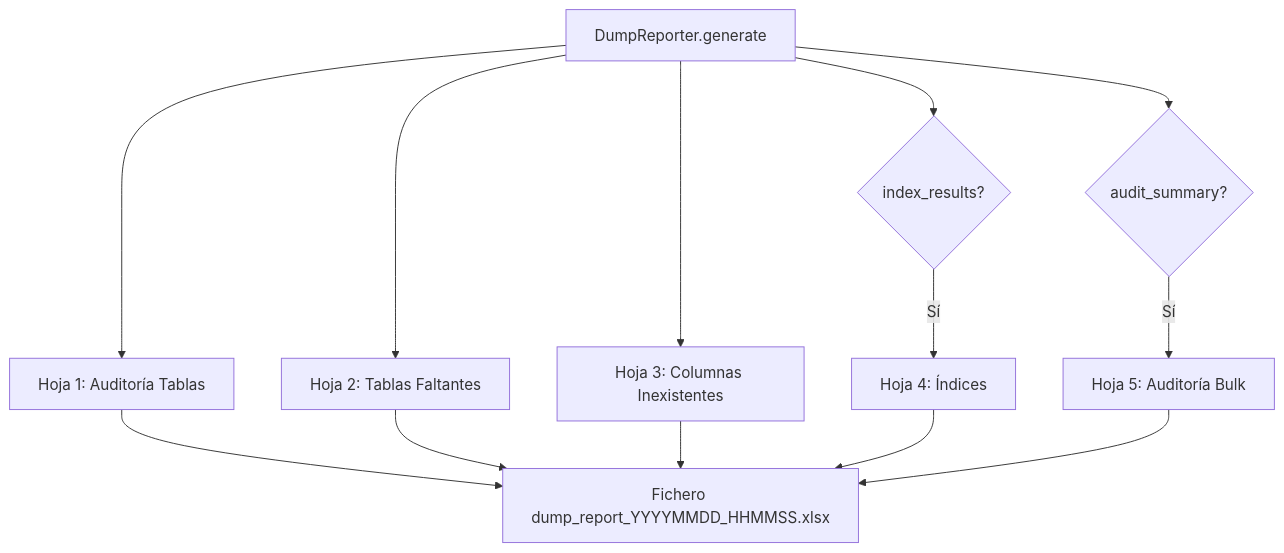
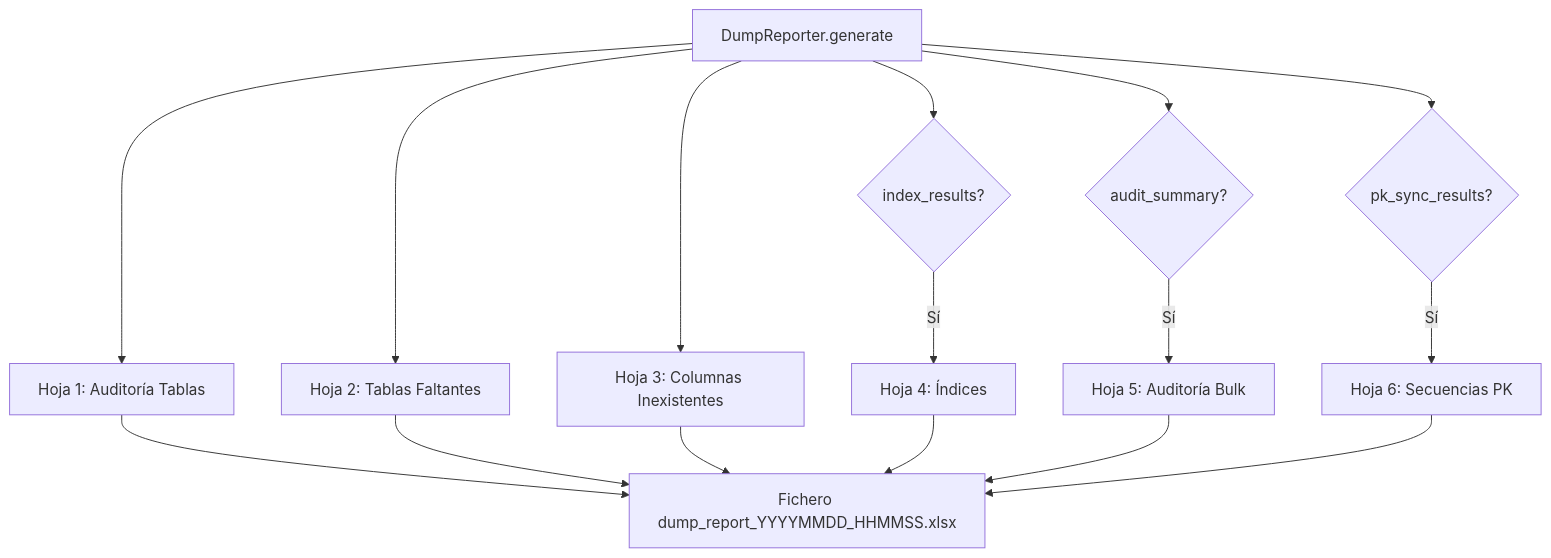
One commit to fmanza/util_bbdd changed the diagram in docs/api/dump-reporter.md. Above: the diagram before and after it, drawn with Mermaid. The commit also changed other lines of this file and 10 other files, not shown here.

First line of the commit message:
feat(dump): hoja «Secuencias PK» en el informe Excel del volcado

````diff
--- a/docs/api/dump-reporter.md
+++ b/docs/api/dump-reporter.md
@@ -7,11 +7,13 @@
 ```mermaid
 flowchart TD
     A[DumpReporter.generate] --> B[Hoja 1: Auditoría Tablas]
     A --> C[Hoja 2: Tablas Faltantes]
     A --> D[Hoja 3: Columnas Inexistentes]
     A --> E{index_results?}
     E -- Sí --> F[Hoja 4: Índices]
     A --> H{audit_summary?}
     H -- Sí --> I[Hoja 5: Auditoría Bulk]
-    B & C & D & F & I --> G[Fichero dump_report_YYYYMMDD_HHMMSS.xlsx]
+    A --> J{pk_sync_results?}
+    J -- Sí --> K[Hoja 6: Secuencias PK]
+    B & C & D & F & I & K --> G[Fichero dump_report_YYYYMMDD_HHMMSS.xlsx]
 ```
````
